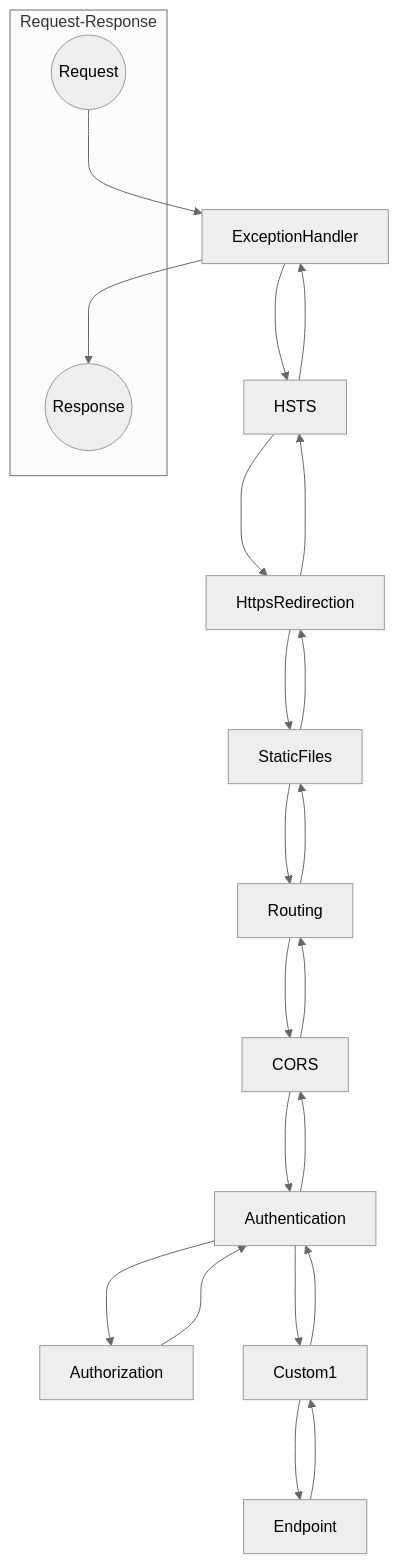
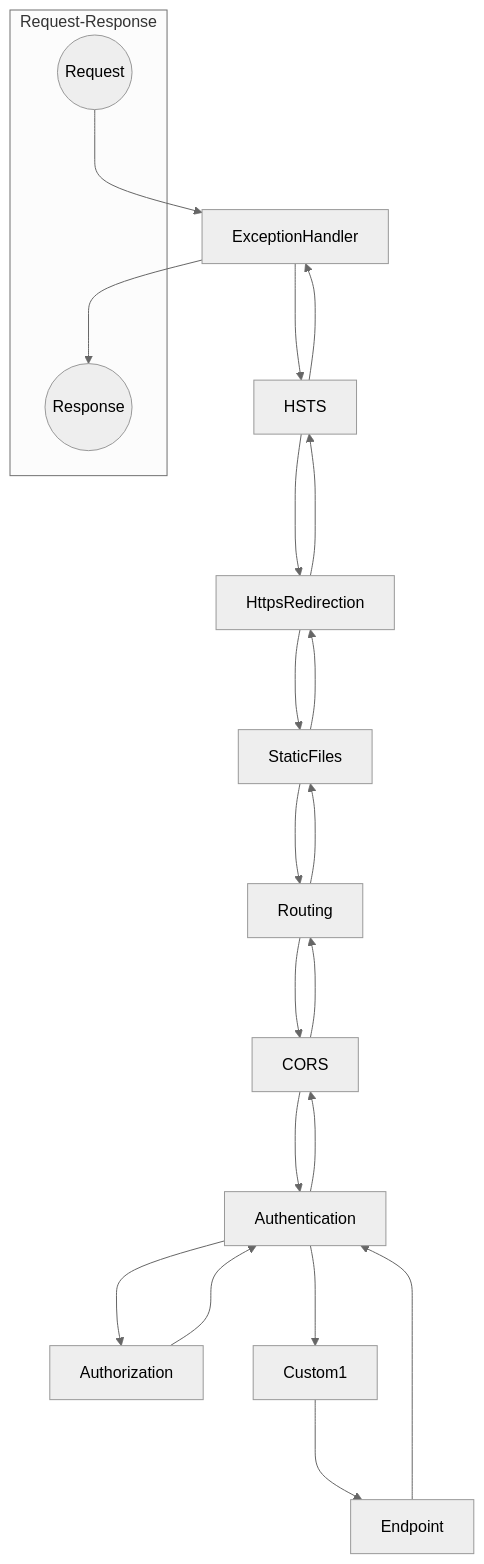
The diagram in MiddlewareMermaid/d.md (Rick-Anderson/MiddlewareMermaid), drawn with Mermaid (neutral theme) before and after one commit.

````diff
--- a/MiddlewareMermaid/d.md
+++ b/MiddlewareMermaid/d.md
@@ -1,30 +1,29 @@
 ```mermaid
 graph TD;
     subgraph Request-Response
         Request((Request))
         Response((Response))
     end
     Request--->ExceptionHandler
     ExceptionHandler--->HSTS
     HSTS--->HttpsRedirection
     HttpsRedirection--->StaticFiles
     StaticFiles--->Routing
     Routing--->CORS
     CORS--->Authentication
     Authentication--->Authorization
+    Authorization-->Authentication
     Authentication--->Custom1
     Custom1--->Endpoint
-    
-    Endpoint-->Custom1
-    Custom1-->Authentication
-    Authorization-->Authentication
+    Endpoint--->Authentication
     Authentication--->CORS
     CORS--->Routing
     Routing--->StaticFiles
     StaticFiles--->HttpsRedirection
     HttpsRedirection--->HSTS
     HSTS--->ExceptionHandler
     ExceptionHandler--->Response
 
 
+
 ```
````
